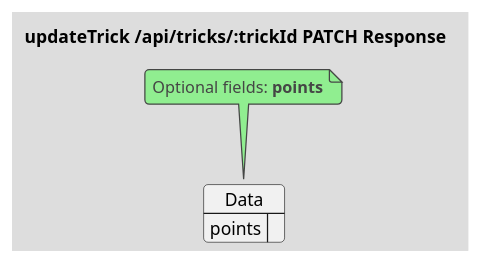
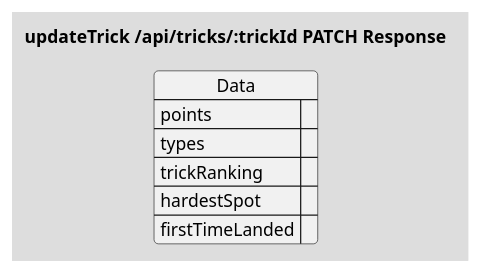
The second of 2 diagrams in api/src/Tricks/:trickId/PATCH/updateTrick.puml (crah-app/diagrams), drawn with PlantUML before and after one commit. The commit also changed other lines of this file and 2 other files, not shown here.

Commit message:
Updated Trick for UI and AllTricks table

```diff
--- a/api/src/Tricks/:trickId/PATCH/updateTrick.puml
+++ b/api/src/Tricks/:trickId/PATCH/updateTrick.puml
@@ -49,13 +51,12 @@
 @startuml updateTrick-Response
 !theme toy
 skinparam linetype ortho
 title "updateTrick /api/tricks/:trickId PATCH Response"
 json Data {
-    ' Optional
-    "points": ""
+    "points": "",
+    "types": [],
+    "trickRanking": "",
+    "hardestSpot": "",
+    "firstTimeLanded": ""
 }
-
-note top of Data
-    Optional fields: **points**
-end note
 @enduml
```
